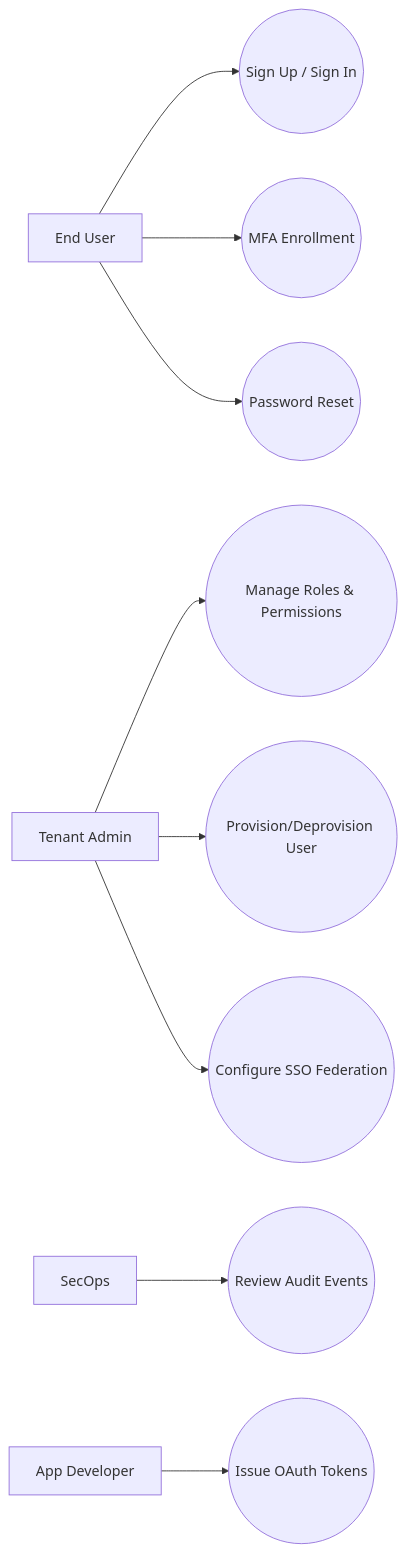
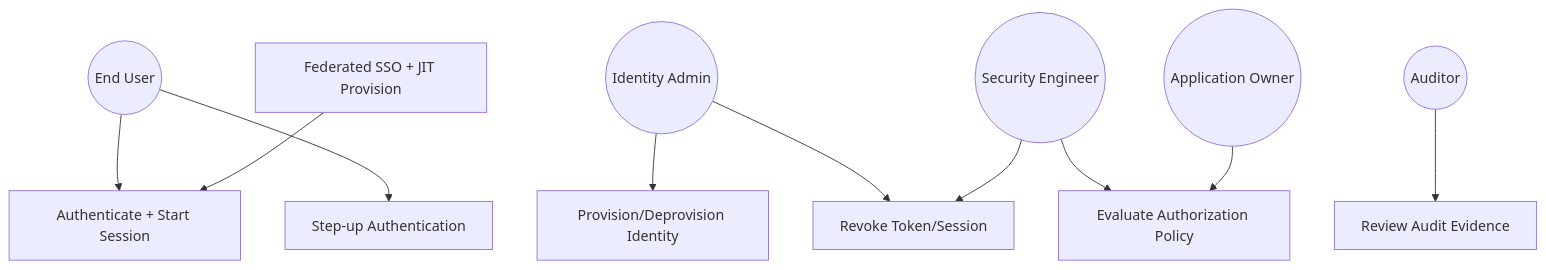
The diagram in Identity and Access Management Platform/analysis/use-case-diagram.md (0Ankit0/Project-Ideas), drawn with Mermaid before and after one commit. The commit also changed other lines of this file and 37 other files, not shown here.

````diff
--- a/Identity and Access Management Platform/analysis/use-case-diagram.md
+++ b/Identity and Access Management Platform/analysis/use-case-diagram.md
@@ -3,27 +3,26 @@
 ```mermaid
-flowchart LR
-    User[End User]
-    Admin[Tenant Admin]
-    SecOps[SecOps]
-    Dev[App Developer]
+flowchart TB
+    EndUser((End User))
+    Admin((Identity Admin))
+    Sec((Security Engineer))
+    AppOwner((Application Owner))
+    Auditor((Auditor))
 
-    UC1((Sign Up / Sign In))
-    UC2((MFA Enrollment))
-    UC3((Password Reset))
-    UC4((Manage Roles & Permissions))
-    UC5((Provision/Deprovision User))
-    UC6((Issue OAuth Tokens))
-    UC7((Review Audit Events))
-    UC8((Configure SSO Federation))
+    UC1[Authenticate + Start Session]
+    UC2[Step-up Authentication]
+    UC3[Evaluate Authorization Policy]
+    UC4[Provision/Deprovision Identity]
+    UC5[Federated SSO + JIT Provision]
+    UC6[Revoke Token/Session]
+    UC7[Review Audit Evidence]
 
-    User --> UC1
-    User --> UC2
-    User --> UC3
-
+    EndUser --> UC1
+    EndUser --> UC2
     Admin --> UC4
-    Admin --> UC5
-    Admin --> UC8
-
-    Dev --> UC6
-    SecOps --> UC7
+    Admin --> UC6
+    Sec --> UC3
+    Sec --> UC6
+    AppOwner --> UC3
+    Auditor --> UC7
+    UC5 --> UC1
 ```
````
